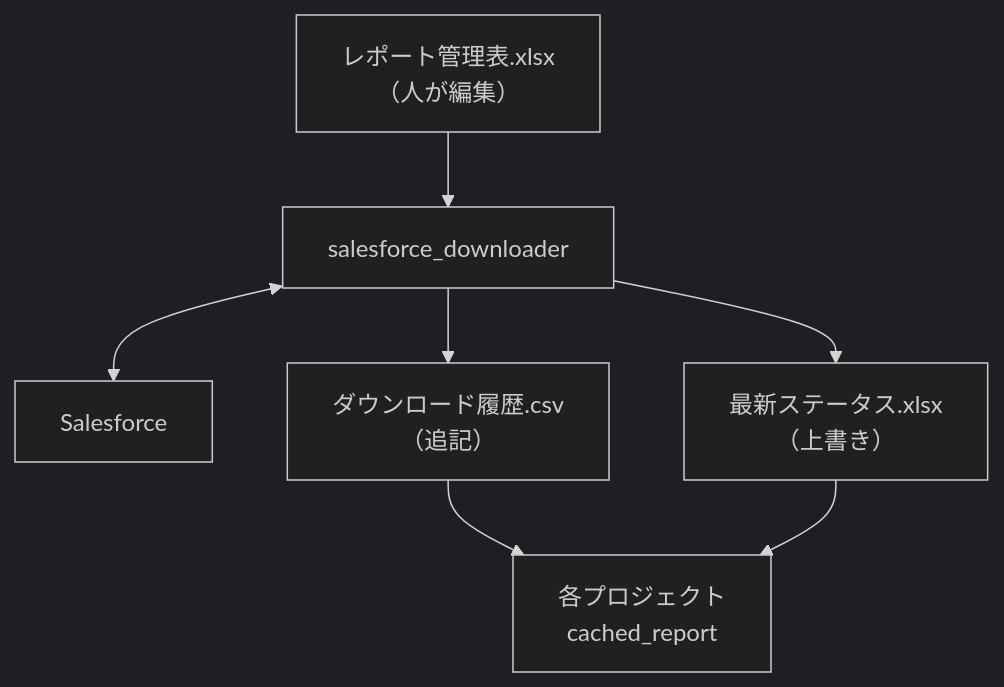
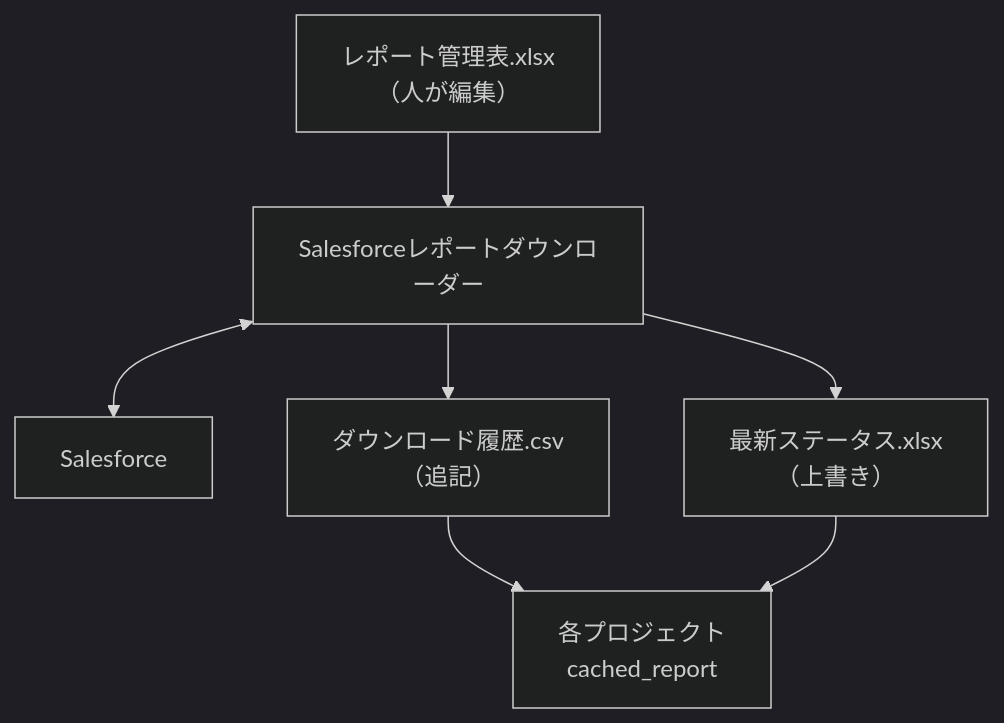
The first of 2 diagrams in docs/salesforce-downloader.md (tenniscorecom/comken), drawn with Mermaid (dark theme) before and after one commit. The commit also changed other lines of this file and 19 other files, not shown here.

First line of the commit message:
salesforce_downloader: 取得実行部分をSalesforceレポートダウンローダーへ再分離

````diff
--- a/docs/salesforce-downloader.md
+++ b/docs/salesforce-downloader.md
@@ -17,9 +26,9 @@
 ```mermaid
 graph TD
-    A["レポート管理表.xlsx<br/>（人が編集）"] --> B["salesforce_downloader"]
+    A["レポート管理表.xlsx<br/>（人が編集）"] --> B["Salesforceレポートダウンローダー"]
     B <--> C["Salesforce"]
     B --> D["ダウンロード履歴.csv<br/>（追記）"]
     B --> E["最新ステータス.xlsx<br/>（上書き）"]
     D --> F["各プロジェクト<br/>cached_report"]
     E --> F
 ```
````
